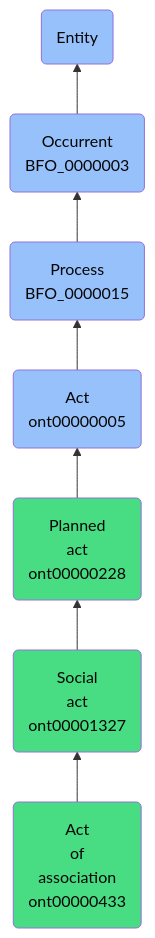
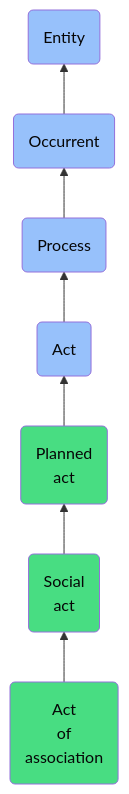
One commit to jupyter-naas/abi changed the diagram in docs/ontology/reference/model/Entity/Occurrent/Process/Act/Planned act/Social act/Act of association/Act of association.md. Above: the diagram before and after it, drawn with Mermaid. The commit also changed other lines of this file and 1430 other files, not shown here.

````diff
--- a/docs/ontology/reference/model/Entity/Occurrent/Process/Act/Planned act/Social act/Act of association/Act of association.md
+++ b/docs/ontology/reference/model/Entity/Occurrent/Process/Act/Planned act/Social act/Act of association/Act of association.md
@@ -24,14 +24,14 @@
 ```mermaid
 graph BT
-    ont00000433(Act<br>of<br>association<br>ont00000433):::ABI-->ont00001327
-    ont00001327(Social<br>act<br>ont00001327):::ABI-->ont00000228
-    ont00000228(Planned<br>act<br>ont00000228):::ABI-->ont00000005
-    ont00000005(Act<br>ont00000005):::BFO-->BFO_0000015
-    BFO_0000015(Process<br>BFO_0000015):::BFO-->BFO_0000003
-    BFO_0000003(Occurrent<br>BFO_0000003):::BFO-->BFO_0000001
+    ont00000433(Act<br>of<br>association):::ABI-->ont00001327
+    ont00001327(Social<br>act):::ABI-->ont00000228
+    ont00000228(Planned<br>act):::ABI-->ont00000005
+    ont00000005(Act):::BFO-->BFO_0000015
+    BFO_0000015(Process):::BFO-->BFO_0000003
+    BFO_0000003(Occurrent):::BFO-->BFO_0000001
     BFO_0000001(Entity):::BFO
     
     classDef BFO fill:#97c1fb,color:#060606
     classDef CCO fill:#e4c51e,color:#060606
     classDef ABI fill:#48DD82,color:#060606
 ```
````
